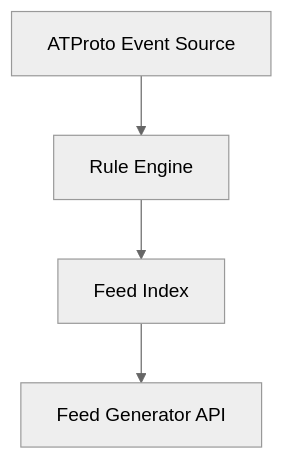
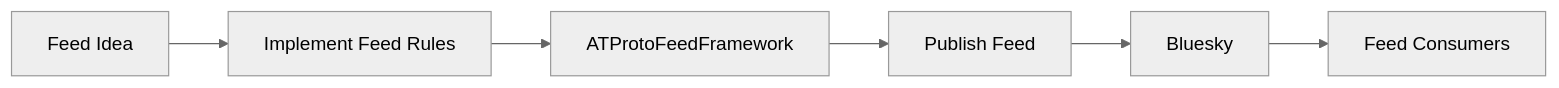
Before and after one commit to StefanSchubert/ATProtoFeedFramework: the diagram in README.md, drawn with Mermaid (neutral theme). The commit also changed other lines of this file, not shown here.

````diff
--- a/README.md
+++ b/README.md
@@ -13,6 +13,18 @@
 ```mermaid
-flowchart TD;
-    EventSource["ATProto Event Source"] --> RuleEngine["Rule Engine"];
-    RuleEngine --> FeedIndex["Feed Index"];
-    FeedIndex --> FeedAPI["Feed Generator API"];      
+flowchart LR
+
+Idea["Feed Idea"]
+    --> Rules["Implement Feed Rules"]
+
+Rules
+    --> Framework["ATProtoFeedFramework"]
+
+Framework
+    --> Publish["Publish Feed"]
+
+Publish
+    --> Bluesky["Bluesky"]
+
+Bluesky
+    --> Users["Feed Consumers"]
 ```
````
